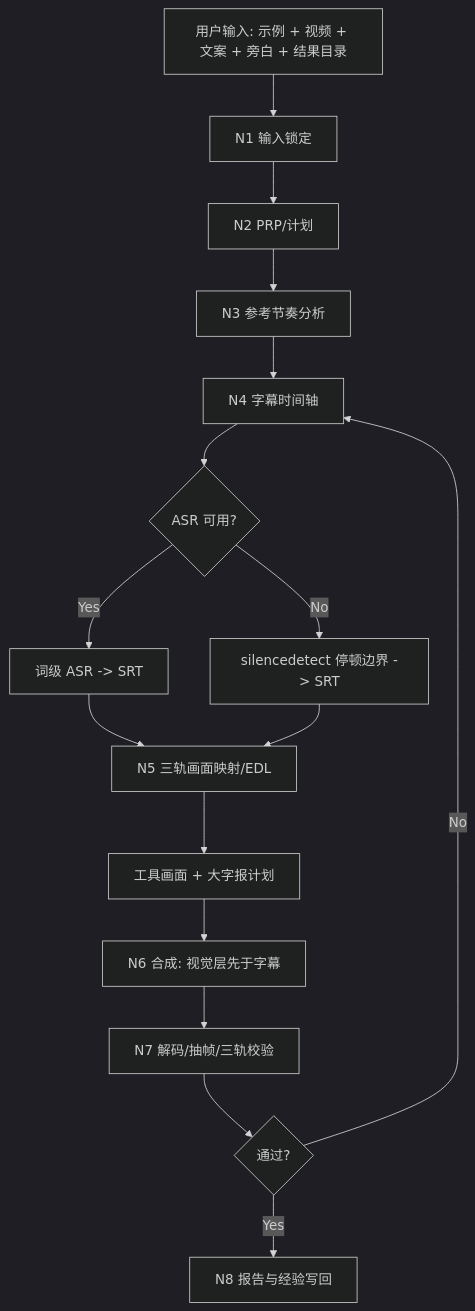
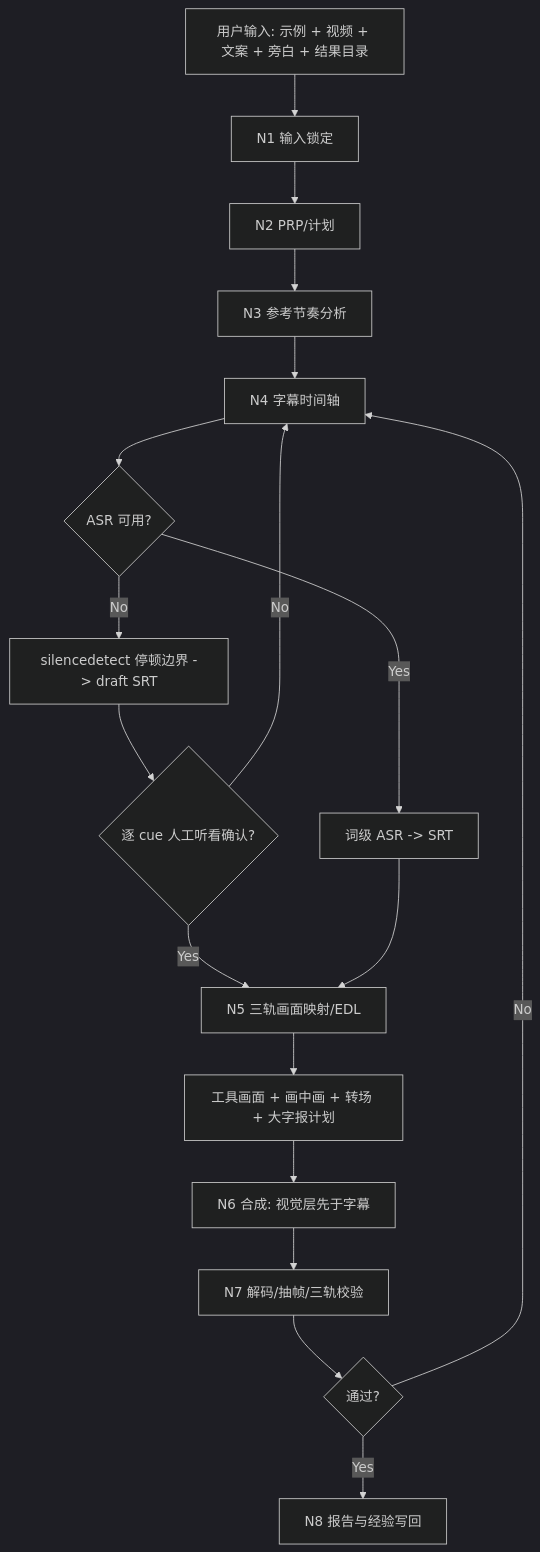
One commit to ZEN-VOID/AI-CUT changed the first of 2 diagrams in .agents/skills/workflow/F1/SKILL.md. Above: the diagram before and after it, drawn with Mermaid (dark theme). The commit also changed other lines of this file and 1564 other files, not shown here.

````diff
--- a/.agents/skills/workflow/F1/SKILL.md
+++ b/.agents/skills/workflow/F1/SKILL.md
@@ -651,18 +1165,20 @@
 ```mermaid
 flowchart TD
     A["用户输入: 示例 + 视频 + 文案 + 旁白 + 结果目录"] --> B["N1 输入锁定"]
     B --> C["N2 PRP/计划"]
     C --> D["N3 参考节奏分析"]
     D --> E["N4 字幕时间轴"]
     E --> F{"ASR 可用?"}
     F -->|"Yes"| G["词级 ASR -> SRT"]
-    F -->|"No"| H["silencedetect 停顿边界 -> SRT"]
+    F -->|"No"| H["silencedetect 停顿边界 -> draft SRT"]
+    H --> H2{"逐 cue 人工听看确认?"}
+    H2 -->|"No"| E
+    H2 -->|"Yes"| I
     G --> I["N5 三轨画面映射/EDL"]
-    H --> I
-    I --> I2["工具画面 + 大字报计划"]
+    I --> I2["工具画面 + 画中画 + 转场 + 大字报计划"]
     I2 --> J["N6 合成: 视觉层先于字幕"]
     J --> K["N7 解码/抽帧/三轨校验"]
     K --> L{"通过?"}
     L -->|"No"| E
     L -->|"Yes"| M["N8 报告与经验写回"]
 ```
````
